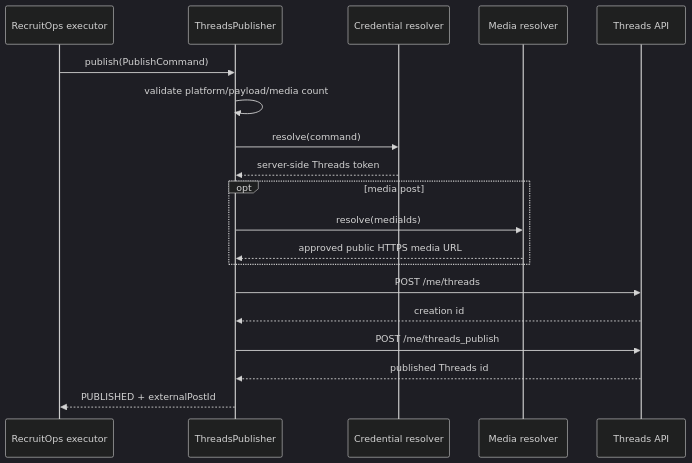
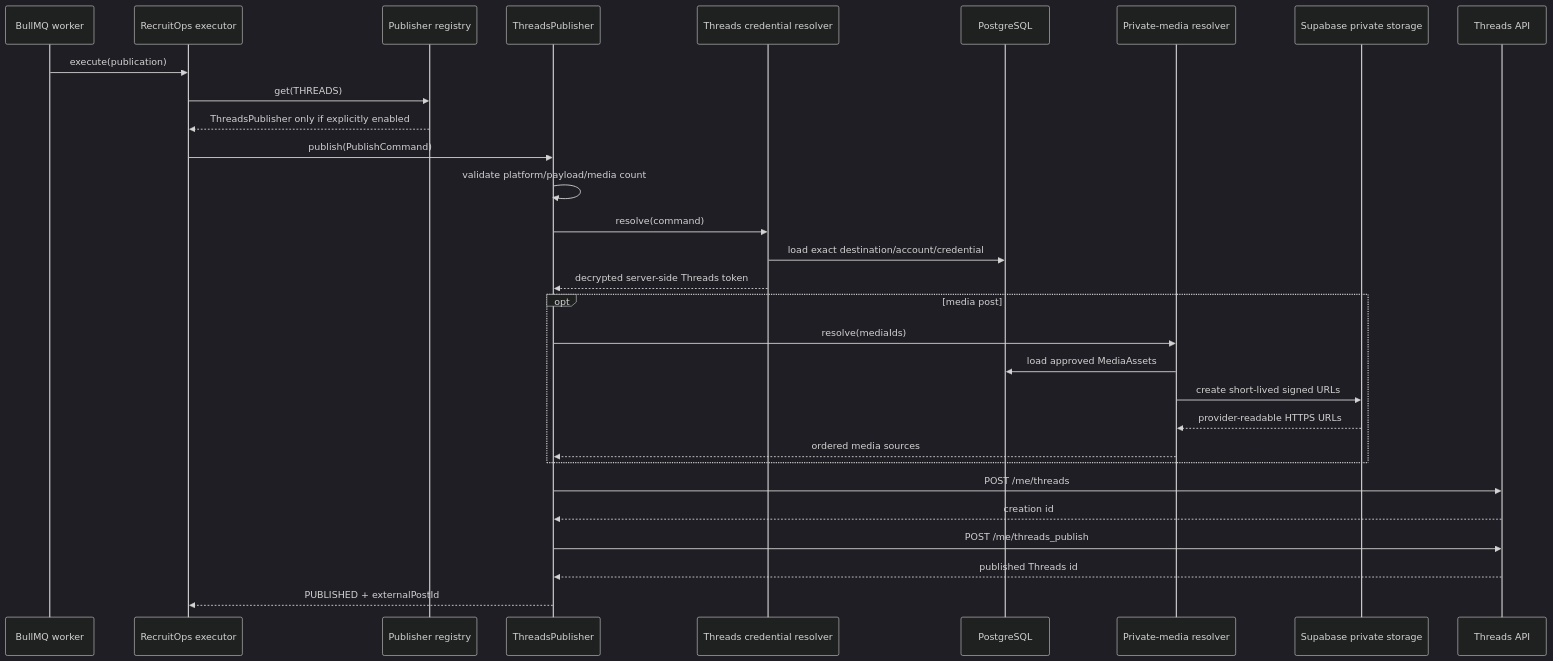
The diagram in docs/architecture/threads-publishing.md (vitoo16/recruitops-platform), drawn with Mermaid (dark theme) before and after one commit. The commit also changed other lines of this file and 6 other files, not shown here.

````diff
--- a/docs/architecture/threads-publishing.md
+++ b/docs/architecture/threads-publishing.md
@@ -43,22 +69,33 @@
 ```mermaid
 sequenceDiagram
+    participant Queue as BullMQ worker
     participant Executor as RecruitOps executor
+    participant Registry as Publisher registry
     participant Adapter as ThreadsPublisher
-    participant Context as Credential resolver
-    participant Media as Media resolver
+    participant Context as Threads credential resolver
+    participant DB as PostgreSQL
+    participant Media as Private-media resolver
+    participant Storage as Supabase private storage
     participant Threads as Threads API
 
+    Queue->>Executor: execute(publication)
+    Executor->>Registry: get(THREADS)
+    Registry-->>Executor: ThreadsPublisher only if explicitly enabled
     Executor->>Adapter: publish(PublishCommand)
     Adapter->>Adapter: validate platform/payload/media count
     Adapter->>Context: resolve(command)
-    Context-->>Adapter: server-side Threads token
+    Context->>DB: load exact destination/account/credential
+    Context-->>Adapter: decrypted server-side Threads token
     opt media post
         Adapter->>Media: resolve(mediaIds)
-        Media-->>Adapter: approved public HTTPS media URL
+        Media->>DB: load approved MediaAssets
+        Media->>Storage: create short-lived signed URLs
+        Storage-->>Media: provider-readable HTTPS URLs
+        Media-->>Adapter: ordered media sources
     end
     Adapter->>Threads: POST /me/threads
     Threads-->>Adapter: creation id
     Adapter->>Threads: POST /me/threads_publish
     Threads-->>Adapter: published Threads id
     Adapter-->>Executor: PUBLISHED + externalPostId
 ```
````
